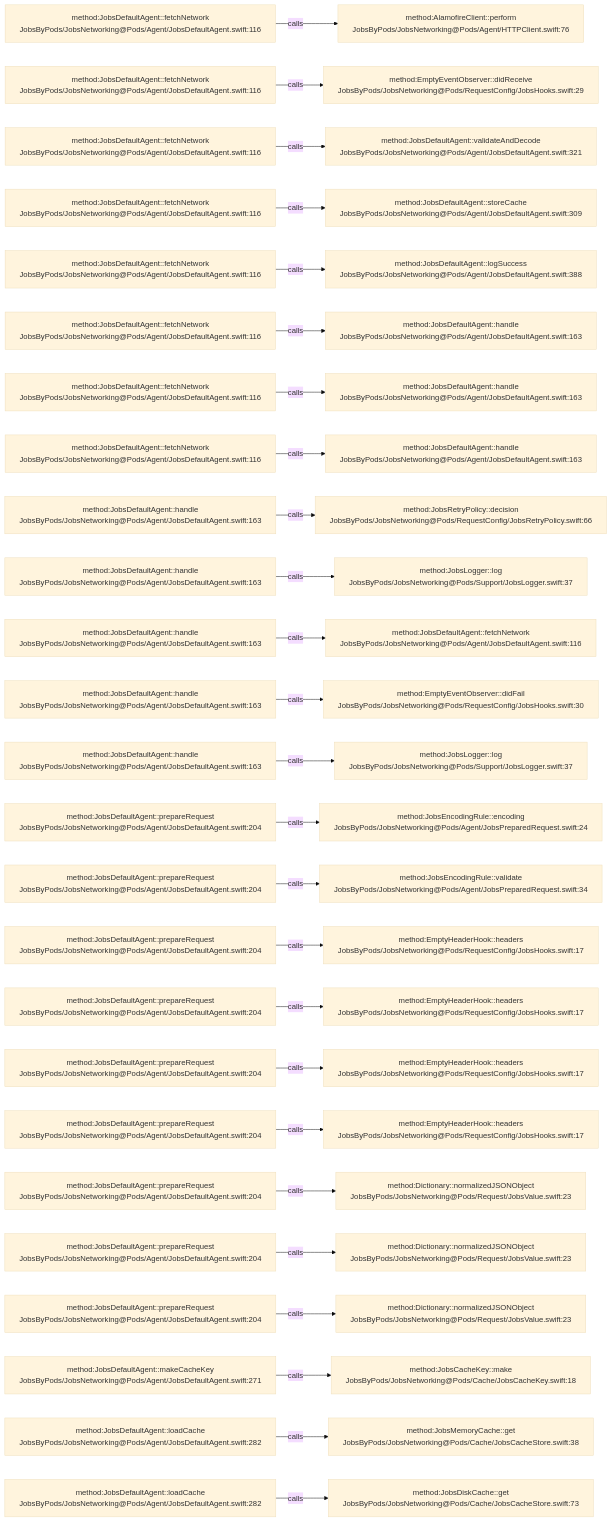
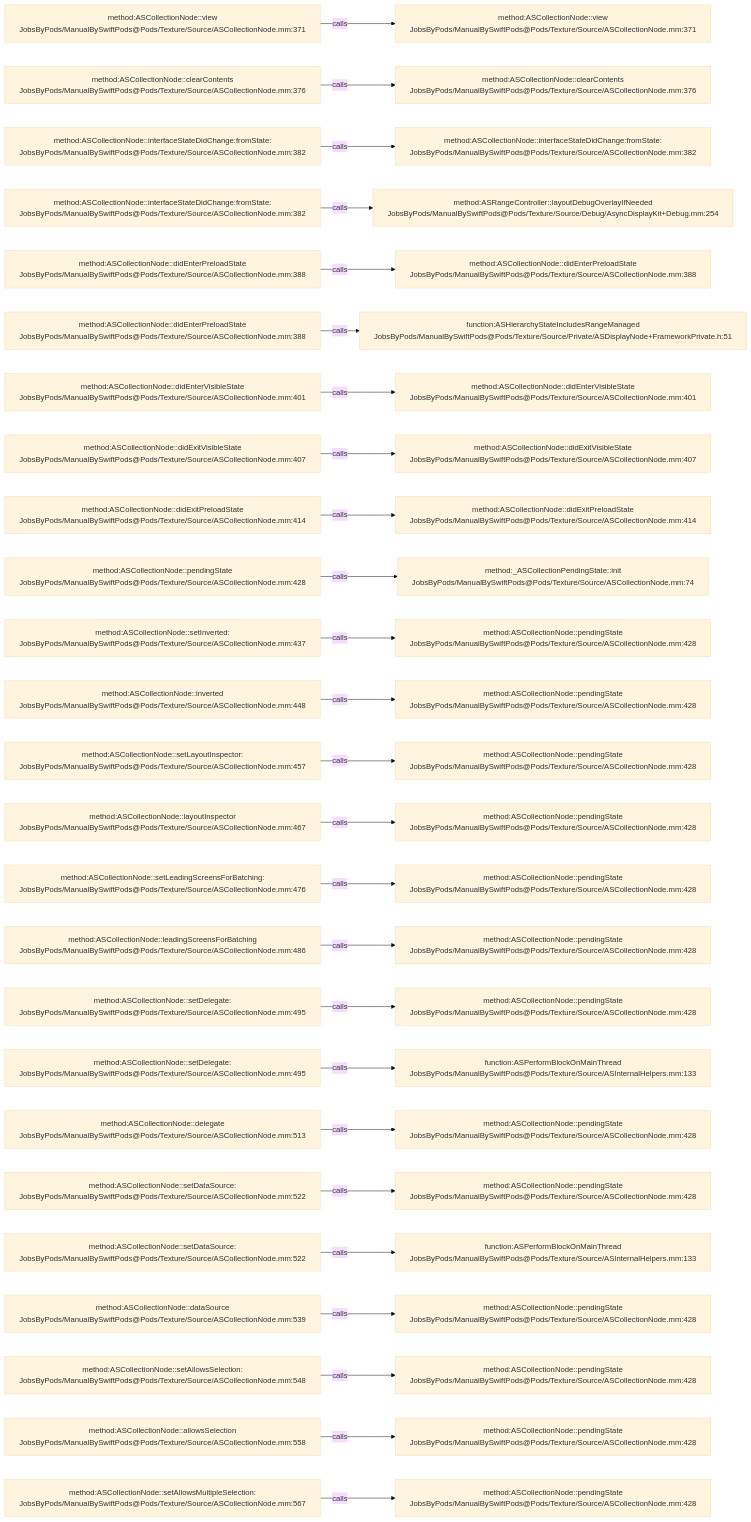
The diagram in .codegraph/codegraph.md/graphs/calls-008.md (JobsKits/JobsSwiftBaseConfigDemo), drawn with Mermaid (base theme) before and after one commit. The commit also changed 832 other files, not shown here.

````diff
--- a/.codegraph/codegraph.md/graphs/calls-008.md
+++ b/.codegraph/codegraph.md/graphs/calls-008.md
@@ -13,78 +13,78 @@
 ```mermaid
 flowchart LR
-  S1["method:JobsDefaultAgent::fetchNetwork<br/>JobsByPods/JobsNetworking@Pods/Agent/JobsDefaultAgent.swift:116"]
-  T1["method:AlamofireClient::perform<br/>JobsByPods/JobsNetworking@Pods/Agent/HTTPClient.swift:76"]
+  S1["method:ASCollectionNode::view<br/>JobsByPods/ManualBySwiftPods@Pods/Texture/Source/ASCollectionNode.mm:371"]
+  T1["method:ASCollectionNode::view<br/>JobsByPods/ManualBySwiftPods@Pods/Texture/Source/ASCollectionNode.mm:371"]
   S1 -->|calls| T1
-  S2["method:JobsDefaultAgent::fetchNetwork<br/>JobsByPods/JobsNetworking@Pods/Agent/JobsDefaultAgent.swift:116"]
-  T2["method:EmptyEventObserver::didReceive<br/>JobsByPods/JobsNetworking@Pods/RequestConfig/JobsHooks.swift:29"]
+  S2["method:ASCollectionNode::clearContents<br/>JobsByPods/ManualBySwiftPods@Pods/Texture/Source/ASCollectionNode.mm:376"]
+  T2["method:ASCollectionNode::clearContents<br/>JobsByPods/ManualBySwiftPods@Pods/Texture/Source/ASCollectionNode.mm:376"]
   S2 -->|calls| T2
-  S3["method:JobsDefaultAgent::fetchNetwork<br/>JobsByPods/JobsNetworking@Pods/Agent/JobsDefaultAgent.swift:116"]
-  T3["method:JobsDefaultAgent::validateAndDecode<br/>JobsByPods/JobsNetworking@Pods/Agent/JobsDefaultAgent.swift:321"]
+  S3["method:ASCollectionNode::interfaceStateDidChange:fromState:<br/>JobsByPods/ManualBySwiftPods@Pods/Texture/Source/ASCollectionNode.mm:382"]
+  T3["method:ASCollectionNode::interfaceStateDidChange:fromState:<br/>JobsByPods/ManualBySwiftPods@Pods/Texture/Source/ASCollectionNode.mm:382"]
   S3 -->|calls| T3
-  S4["method:JobsDefaultAgent::fetchNetwork<br/>JobsByPods/JobsNetworking@Pods/Agent/JobsDefaultAgent.swift:116"]
-  T4["method:JobsDefaultAgent::storeCache<br/>JobsByPods/JobsNetworking@Pods/Agent/JobsDefaultAgent.swift:309"]
+  S4["method:ASCollectionNode::interfaceStateDidChange:fromState:<br/>JobsByPods/ManualBySwiftPods@Pods/Texture/Source/ASCollectionNode.mm:382"]
+  T4["method:ASRangeController::layoutDebugOverlayIfNeeded<br/>JobsByPods/ManualBySwiftPods@Pods/Texture/Source/Debug/AsyncDisplayKit+Debug.mm:254"]
   S4 -->|calls| T4
-  S5["method:JobsDefaultAgent::fetchNetwork<br/>JobsByPods/JobsNetworking@Pods/Agent/JobsDefaultAgent.swift:116"]
-  T5["method:JobsDefaultAgent::logSuccess<br/>JobsByPods/JobsNetworking@Pods/Agent/JobsDefaultAgent.swift:388"]
+  S5["method:ASCollectionNode::didEnterPreloadState<br/>JobsByPods/ManualBySwiftPods@Pods/Texture/Source/ASCollectionNode.mm:388"]
+  T5["method:ASCollectionNode::didEnterPreloadState<br/>JobsByPods/ManualBySwiftPods@Pods/Texture/Source/ASCollectionNode.mm:388"]
   S5 -->|calls| T5
-  S6["method:JobsDefaultAgent::fetchNetwork<br/>JobsByPods/JobsNetworking@Pods/Agent/JobsDefaultAgent.swift:116"]
-  T6["method:JobsDefaultAgent::handle<br/>JobsByPods/JobsNetworking@Pods/Agent/JobsDefaultAgent.swift:163"]
+  S6["method:ASCollectionNode::didEnterPreloadState<br/>JobsByPods/ManualBySwiftPods@Pods/Texture/Source/ASCollectionNode.mm:388"]
+  T6["function:ASHierarchyStateIncludesRangeManaged<br/>JobsByPods/ManualBySwiftPods@Pods/Texture/Source/Private/ASDisplayNode+FrameworkPrivate.h:51"]
   S6 -->|calls| T6
-  S7["method:JobsDefaultAgent::fetchNetwork<br/>JobsByPods/JobsNetworking@Pods/Agent/JobsDefaultAgent.swift:116"]
-  T7["method:JobsDefaultAgent::handle<br/>JobsByPods/JobsNetworking@Pods/Agent/JobsDefaultAgent.swift:163"]
+  S7["method:ASCollectionNode::didEnterVisibleState<br/>JobsByPods/ManualBySwiftPods@Pods/Texture/Source/ASCollectionNode.mm:401"]
+  T7["method:ASCollectionNode::didEnterVisibleState<br/>JobsByPods/ManualBySwiftPods@Pods/Texture/Source/ASCollectionNode.mm:401"]
   S7 -->|calls| T7
-  S8["method:JobsDefaultAgent::fetchNetwork<br/>JobsByPods/JobsNetworking@Pods/Agent/JobsDefaultAgent.swift:116"]
-  T8["method:JobsDefaultAgent::handle<br/>JobsByPods/JobsNetworking@Pods/Agent/JobsDefaultAgent.swift:163"]
+  S8["method:ASCollectionNode::didExitVisibleState<br/>JobsByPods/ManualBySwiftPods@Pods/Texture/Source/ASCollectionNode.mm:407"]
+  T8["method:ASCollectionNode::didExitVisibleState<br/>JobsByPods/ManualBySwiftPods@Pods/Texture/Source/ASCollectionNode.mm:407"]
   S8 -->|calls| T8
-  S9["method:JobsDefaultAgent::handle<br/>JobsByPods/JobsNetworking@Pods/Agent/JobsDefaultAgent.swift:163"]
-  T9["method:JobsRetryPolicy::decision<br/>JobsByPods/JobsNetworking@Pods/RequestConfig/JobsRetryPolicy.swift:66"]
+  S9["method:ASCollectionNode::didExitPreloadState<br/>JobsByPods/ManualBySwiftPods@Pods/Texture/Source/ASCollectionNode.mm:414"]
+  T9["method:ASCollectionNode::didExitPreloadState<br/>JobsByPods/ManualBySwiftPods@Pods/Texture/Source/ASCollectionNode.mm:414"]
   S9 -->|calls| T9
-  S10["method:JobsDefaultAgent::handle<br/>JobsByPods/JobsNetworking@Pods/Agent/JobsDefaultAgent.swift:163"]
-  T10["method:JobsLogger::log<br/>JobsByPods/JobsNetworking@Pods/Support/JobsLogger.swift:37"]
+  S10["method:ASCollectionNode::pendingState<br/>JobsByPods/ManualBySwiftPods@Pods/Texture/Source/ASCollectionNode.mm:428"]
+  T10["method:_ASCollectionPendingState::init<br/>JobsByPods/ManualBySwiftPods@Pods/Texture/Source/ASCollectionNode.mm:74"]
   S10 -->|calls| T10
-  S11["method:JobsDefaultAgent::handle<br/>JobsByPods/JobsNetworking@Pods/Agent/JobsDefaultAgent.swift:163"]
-  T11["method:JobsDefaultAgent::fetchNetwork<br/>JobsByPods/JobsNetworking@Pods/Agent/JobsDefaultAgent.swift:116"]
+  S11["method:ASCollectionNode::setInverted:<br/>JobsByPods/ManualBySwiftPods@Pods/Texture/Source/ASCollectionNode.mm:437"]
+  T11["method:ASCollectionNode::pendingState<br/>JobsByPods/ManualBySwiftPods@Pods/Texture/Source/ASCollectionNode.mm:428"]
   S11 -->|calls| T11
-  S12["method:JobsDefaultAgent::handle<br/>JobsByPods/JobsNetworking@Pods/Agent/JobsDefaultAgent.swift:163"]
-  T12["method:EmptyEventObserver::didFail<br/>JobsByPods/JobsNetworking@Pods/RequestConfig/JobsHooks.swift:30"]
+  S12["method:ASCollectionNode::inverted<br/>JobsByPods/ManualBySwiftPods@Pods/Texture/Source/ASCollectionNode.mm:448"]
+  T12["method:ASCollectionNode::pendingState<br/>JobsByPods/ManualBySwiftPods@Pods/Texture/Source/ASCollectionNode.mm:428"]
   S12 -->|calls| T12
-  S13["method:JobsDefaultAgent::handle<br/>JobsByPods/JobsNetworking@Pods/Agent/JobsDefaultAgent.swift:163"]
-  T13["method:JobsLogger::log<br/>JobsByPods/JobsNetworking@Pods/Support/JobsLogger.swift:37"]
+  S13["method:ASCollectionNode::setLayoutInspector:<br/>JobsByPods/ManualBySwiftPods@Pods/Texture/Source/ASCollectionNode.mm:457"]
+  T13["method:ASCollectionNode::pendingState<br/>JobsByPods/ManualBySwiftPods@Pods/Texture/Source/ASCollectionNode.mm:428"]
   S13 -->|calls| T13
-  S14["method:JobsDefaultAgent::prepareRequest<br/>JobsByPods/JobsNetworking@Pods/Agent/JobsDefaultAgent.swift:204"]
-  T14["method:JobsEncodingRule::encoding<br/>JobsByPods/JobsNetworking@Pods/Agent/JobsPreparedRequest.swift:24"]
+  S14["method:ASCollectionNode::layoutInspector<br/>JobsByPods/ManualBySwiftPods@Pods/Texture/Source/ASCollectionNode.mm:467"]
+  T14["method:ASCollectionNode::pendingState<br/>JobsByPods/ManualBySwiftPods@Pods/Texture/Source/ASCollectionNode.mm:428"]
   S14 -->|calls| T14
-  S15["method:JobsDefaultAgent::prepareRequest<br/>JobsByPods/JobsNetworking@Pods/Agent/JobsDefaultAgent.swift:204"]
-  T15["method:JobsEncodingRule::validate<br/>JobsByPods/JobsNetworking@Pods/Agent/JobsPreparedRequest.swift:34"]
+  S15["method:ASCollectionNode::setLeadingScreensForBatching:<br/>JobsByPods/ManualBySwiftPods@Pods/Texture/Source/ASCollectionNode.mm:476"]
+  T15["method:ASCollectionNode::pendingState<br/>JobsByPods/ManualBySwiftPods@Pods/Texture/Source/ASCollectionNode.mm:428"]
   S15 -->|calls| T15
-  S16["method:JobsDefaultAgent::prepareRequest<br/>JobsByPods/JobsNetworking@Pods/Agent/JobsDefaultAgent.swift:204"]
-  T16["method:EmptyHeaderHook::headers<br/>JobsByPods/JobsNetworking@Pods/RequestConfig/JobsHooks.swift:17"]
+  S16["method:ASCollectionNode::leadingScreensForBatching<br/>JobsByPods/ManualBySwiftPods@Pods/Texture/Source/ASCollectionNode.mm:486"]
+  T16["method:ASCollectionNode::pendingState<br/>JobsByPods/ManualBySwiftPods@Pods/Texture/Source/ASCollectionNode.mm:428"]
   S16 -->|calls| T16
-  S17["method:JobsDefaultAgent::prepareRequest<br/>JobsByPods/JobsNetworking@Pods/Agent/JobsDefaultAgent.swift:204"]
-  T17["method:EmptyHeaderHook::headers<br/>JobsByPods/JobsNetworking@Pods/RequestConfig/JobsHooks.swift:17"]
+  S17["method:ASCollectionNode::setDelegate:<br/>JobsByPods/ManualBySwiftPods@Pods/Texture/Source/ASCollectionNode.mm:495"]
+  T17["method:ASCollectionNode::pendingState<br/>JobsByPods/ManualBySwiftPods@Pods/Texture/Source/ASCollectionNode.mm:428"]
   S17 -->|calls| T17
-  S18["method:JobsDefaultAgent::prepareRequest<br/>JobsByPods/JobsNetworking@Pods/Agent/JobsDefaultAgent.swift:204"]
-  T18["method:EmptyHeaderHook::headers<br/>JobsByPods/JobsNetworking@Pods/RequestConfig/JobsHooks.swift:17"]
+  S18["method:ASCollectionNode::setDelegate:<br/>JobsByPods/ManualBySwiftPods@Pods/Texture/Source/ASCollectionNode.mm:495"]
+  T18["function:ASPerformBlockOnMainThread<br/>JobsByPods/ManualBySwiftPods@Pods/Texture/Source/ASInternalHelpers.mm:133"]
   S18 -->|calls| T18
-  S19["method:JobsDefaultAgent::prepareRequest<br/>JobsByPods/JobsNetworking@Pods/Agent/JobsDefaultAgent.swift:204"]
-  T19["method:EmptyHeaderHook::headers<br/>JobsByPods/JobsNetworking@Pods/RequestConfig/JobsHooks.swift:17"]
+  S19["method:ASCollectionNode::delegate<br/>JobsByPods/ManualBySwiftPods@Pods/Texture/Source/ASCollectionNode.mm:513"]
+  T19["method:ASCollectionNode::pendingState<br/>JobsByPods/ManualBySwiftPods@Pods/Texture/Source/ASCollectionNode.mm:428"]
   S19 -->|calls| T19
-  S20["method:JobsDefaultAgent::prepareRequest<br/>JobsByPods/JobsNetworking@Pods/Agent/JobsDefaultAgent.swift:204"]
-  T20["method:Dictionary::normalizedJSONObject<br/>JobsByPods/JobsNetworking@Pods/Request/JobsValue.swift:23"]
+  S20["method:ASCollectionNode::setDataSource:<br/>JobsByPods/ManualBySwiftPods@Pods/Texture/Source/ASCollectionNode.mm:522"]
+  T20["method:ASCollectionNode::pendingState<br/>JobsByPods/ManualBySwiftPods@Pods/Texture/Source/ASCollectionNode.mm:428"]
   S20 -->|calls| T20
-  S21["method:JobsDefaultAgent::prepareRequest<br/>JobsByPods/JobsNetworking@Pods/Agent/JobsDefaultAgent.swift:204"]
-  T21["method:Dictionary::normalizedJSONObject<br/>JobsByPods/JobsNetworking@Pods/Request/JobsValue.swift:23"]
+  S21["method:ASCollectionNode::setDataSource:<br/>JobsByPods/ManualBySwiftPods@Pods/Texture/Source/ASCollectionNode.mm:522"]
+  T21["function:ASPerformBlockOnMainThread<br/>JobsByPods/ManualBySwiftPods@Pods/Texture/Source/ASInternalHelpers.mm:133"]
   S21 -->|calls| T21
-  S22["method:JobsDefaultAgent::prepareRequest<br/>JobsByPods/JobsNetworking@Pods/Agent/JobsDefaultAgent.swift:204"]
-  T22["method:Dictionary::normalizedJSONObject<br/>JobsByPods/JobsNetworking@Pods/Request/JobsValue.swift:23"]
+  S22["method:ASCollectionNode::dataSource<br/>JobsByPods/ManualBySwiftPods@Pods/Texture/Source/ASCollectionNode.mm:539"]
+  T22["method:ASCollectionNode::pendingState<br/>JobsByPods/ManualBySwiftPods@Pods/Texture/Source/ASCollectionNode.mm:428"]
   S22 -->|calls| T22
-  S23["method:JobsDefaultAgent::makeCacheKey<br/>JobsByPods/JobsNetworking@Pods/Agent/JobsDefaultAgent.swift:271"]
-  T23["method:JobsCacheKey::make<br/>JobsByPods/JobsNetworking@Pods/Cache/JobsCacheKey.swift:18"]
+  S23["method:ASCollectionNode::setAllowsSelection:<br/>JobsByPods/ManualBySwiftPods@Pods/Texture/Source/ASCollectionNode.mm:548"]
+  T23["method:ASCollectionNode::pendingState<br/>JobsByPods/ManualBySwiftPods@Pods/Texture/Source/ASCollectionNode.mm:428"]
   S23 -->|calls| T23
-  S24["method:JobsDefaultAgent::loadCache<br/>JobsByPods/JobsNetworking@Pods/Agent/JobsDefaultAgent.swift:282"]
-  T24["method:JobsMemoryCache::get<br/>JobsByPods/JobsNetworking@Pods/Cache/JobsCacheStore.swift:38"]
+  S24["method:ASCollectionNode::allowsSelection<br/>JobsByPods/ManualBySwiftPods@Pods/Texture/Source/ASCollectionNode.mm:558"]
+  T24["method:ASCollectionNode::pendingState<br/>JobsByPods/ManualBySwiftPods@Pods/Texture/Source/ASCollectionNode.mm:428"]
   S24 -->|calls| T24
-  S25["method:JobsDefaultAgent::loadCache<br/>JobsByPods/JobsNetworking@Pods/Agent/JobsDefaultAgent.swift:282"]
-  T25["method:JobsDiskCache::get<br/>JobsByPods/JobsNetworking@Pods/Cache/JobsCacheStore.swift:73"]
+  S25["method:ASCollectionNode::setAllowsMultipleSelection:<br/>JobsByPods/ManualBySwiftPods@Pods/Texture/Source/ASCollectionNode.mm:567"]
+  T25["method:ASCollectionNode::pendingState<br/>JobsByPods/ManualBySwiftPods@Pods/Texture/Source/ASCollectionNode.mm:428"]
   S25 -->|calls| T25
 ```
````
